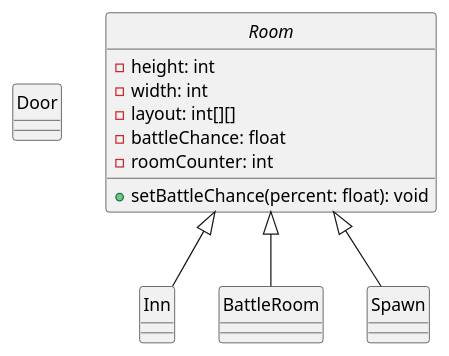
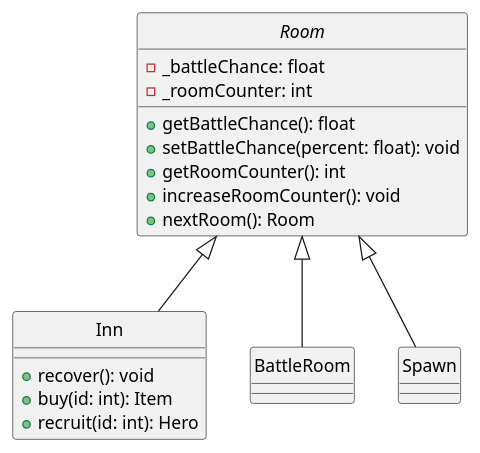
Before and after one commit to JosefG50/2203-Legends-of-Sword-and-Wand: the diagram in rpg-legends/docs/uml/inn.puml, drawn with PlantUML. The commit also changed 1 other file, not shown here.

Commit message:
[docs] created item uml

```diff
--- a/rpg-legends/docs/uml/inn.puml
+++ b/rpg-legends/docs/uml/inn.puml
@@ -1,25 +1,31 @@
 @startuml Intereact with Inn
 skinparam Style strictuml
 skinparam SequenceMessageAlignment center
-class Door{
 
-}
+
+
 abstract class Room{
-    - height: int 
-    - width: int 
-    - layout: int[][]
-    - battleChance: float 
-    - roomCounter: int
+    -_battleChance: float 
+    -_roomCounter: int
+    + getBattleChance(): float
     + setBattleChance(percent: float): void
-
+    + getRoomCounter(): int
+    + increaseRoomCounter(): void
+    + nextRoom(): Room
 } 
 class Inn {
 
+    +recover(): void
+    +buy(id: int): Item
+    +recruit(id: int): Hero
 }
-class BattleRoom
-class Spawn
+class BattleRoom{
+}
+class Spawn{
+
+}
 
 Room <|-- Inn
 Room <|-- BattleRoom
 Room <|-- Spawn
 @enduml
```
